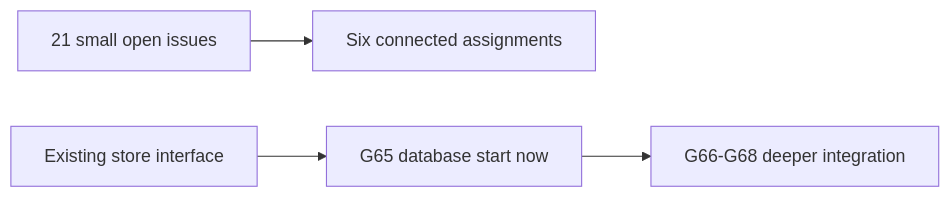
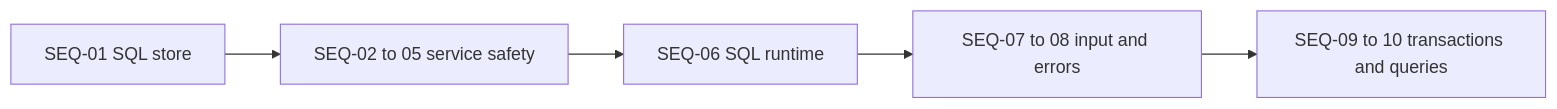
One commit to Prem-Tomar/payment-api changed the diagram in docs/curriculum/index.md. Above: the diagram before and after it, drawn with Mermaid. The commit also changed other lines of this file and 18 other files, not shown here.

Commit message:
docs: sequence assignments and simplify learner-facing interview practice

````diff
--- a/docs/curriculum/index.md
+++ b/docs/curriculum/index.md
@@ -3,5 +3,4 @@
 ```mermaid
 flowchart LR
-  A["21 small open issues"] --> B["Six connected assignments"]
-  C["Existing store interface"] --> D["G65 database start now"] --> E["G66-G68 deeper integration"]
+  A["SEQ-01 SQL store"] --> B["SEQ-02 to 05 service safety"] --> C["SEQ-06 SQL runtime"] --> D["SEQ-07 to 08 input and errors"] --> E["SEQ-09 to 10 transactions and queries"]
 ```
````
